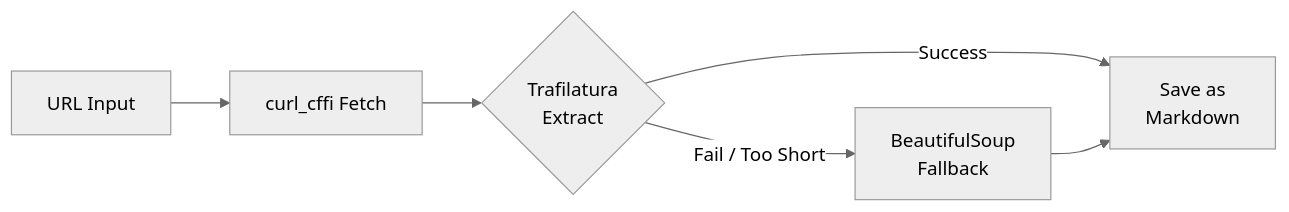
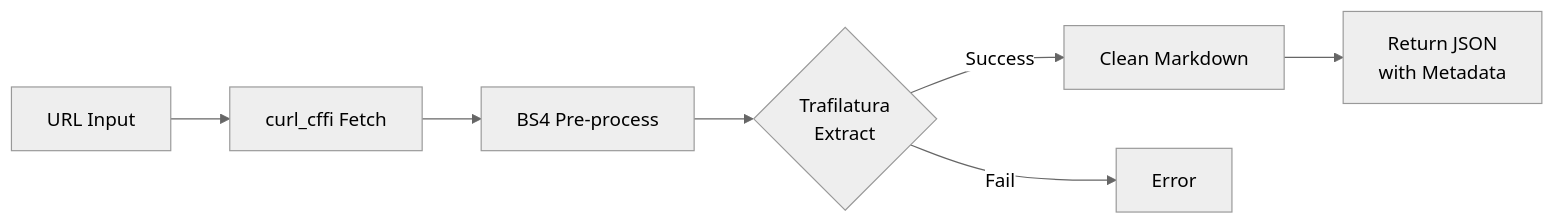
One commit to SouravKAgarwal/web-scraper changed the diagram in README.md. Above: the diagram before and after it, drawn with Mermaid (neutral theme). The commit also changed other lines of this file and 12 other files, not shown here.

````diff
--- a/README.md
+++ b/README.md
@@ -111,8 +115,9 @@
 ```mermaid
 flowchart LR
     A["URL Input"] --> B["curl_cffi Fetch"]
-    B --> C{"Trafilatura\nExtract"}
-    C -- "Success" --> E["Save as\nMarkdown"]
-    C -- "Fail / Too Short" --> D["BeautifulSoup\nFallback"]
-    D --> E
+    B --> C["BS4 Pre-process"]
+    C --> D{"Trafilatura\nExtract"}
+    D -- "Success" --> E["Clean Markdown"]
+    D -- "Fail" --> F["Error"]
+    E --> G["Return JSON\nwith Metadata"]
 ```
````
